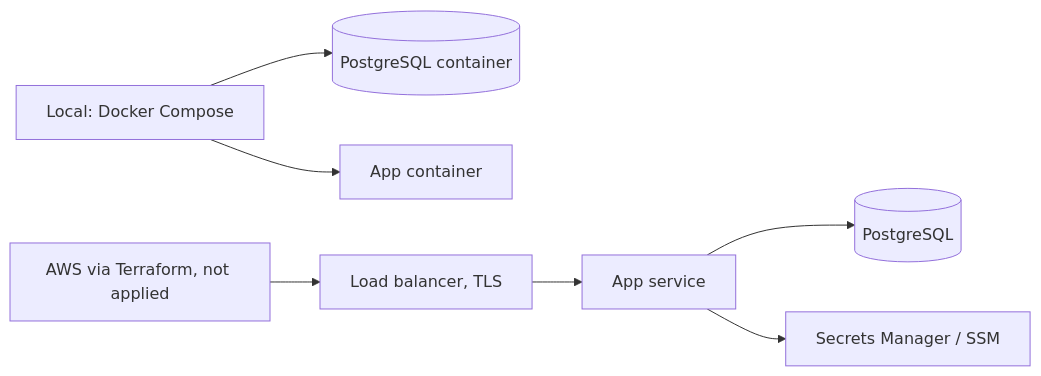
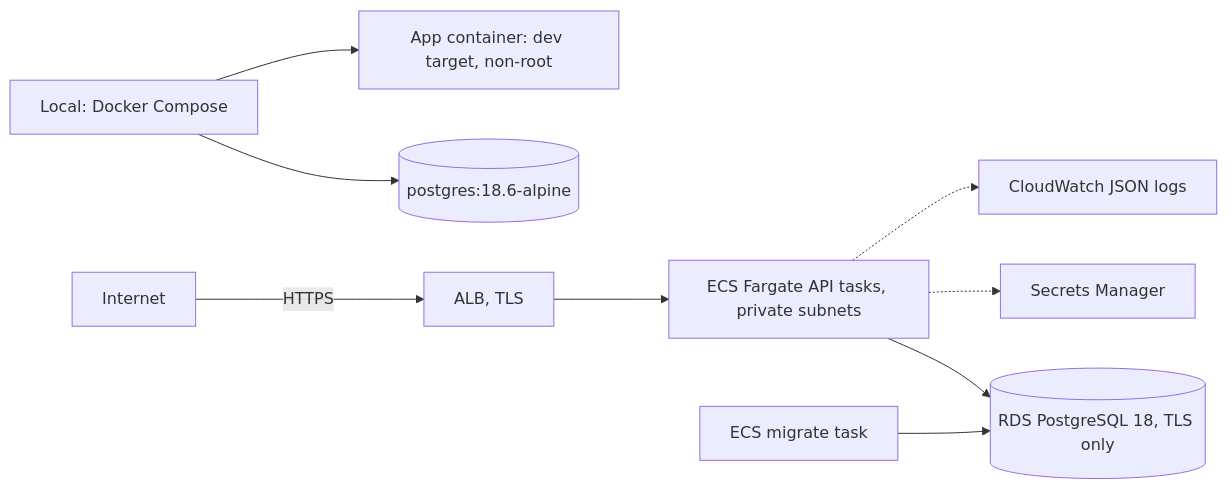
One commit to gustavop-dev/prueba_tecnica_beloz changed the fourth of 4 diagrams in docs/methodology/architecture.md. Above: the diagram before and after it, drawn with Mermaid. The commit also changed other lines of this file and 39 other files, not shown here.

First line of the commit message:
DOCS: F5 documentation, architecture ADRs and AWS Terraform (#7)

````diff
--- a/docs/methodology/architecture.md
+++ b/docs/methodology/architecture.md
@@ -96,9 +117,11 @@
 ```mermaid
 flowchart LR
-    Dev[Local: Docker Compose] --> PG[(PostgreSQL container)]
-    Dev --> App[App container]
-    AWS[AWS via Terraform, not applied] --> LB[Load balancer, TLS]
-    LB --> Run[App service]
-    Run --> RDS[(PostgreSQL)]
-    Run --> SM[Secrets Manager / SSM]
+    Dev[Local: Docker Compose] --> PG[(postgres:18.6-alpine)]
+    Dev --> App[App container: dev target, non-root]
+    Internet -- HTTPS --> ALB[ALB, TLS]
+    ALB --> ECS[ECS Fargate API tasks, private subnets]
+    ECS --> RDS[(RDS PostgreSQL 18, TLS only)]
+    MIG[ECS migrate task] --> RDS
+    ECS -.-> SM[Secrets Manager]
+    ECS -.-> CW[CloudWatch JSON logs]
 ```
````
